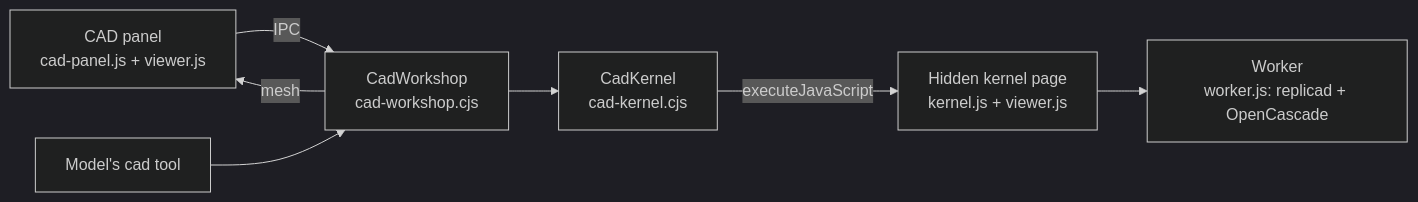
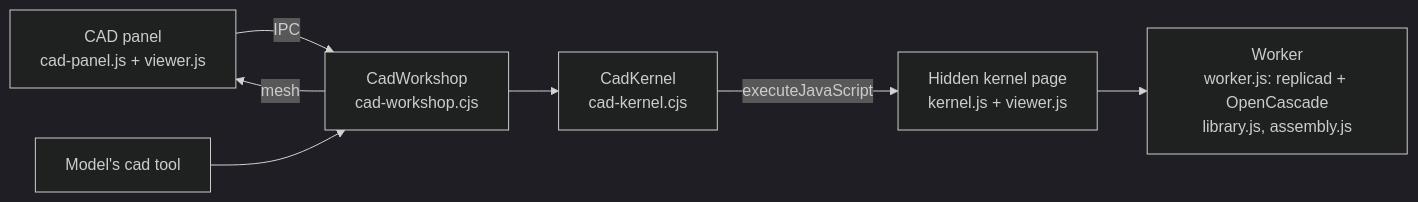
Before and after one commit to b7216309-jpg/little-bot: the diagram in docs/system-guide/20-cad.md, drawn with Mermaid (dark theme). The commit also changed other lines of this file and 20 other files, not shown here.

````diff
--- a/docs/system-guide/20-cad.md
+++ b/docs/system-guide/20-cad.md
@@ -7,9 +7,9 @@
 ```mermaid
 flowchart LR
   Panel[CAD panel<br>cad-panel.js + viewer.js] -- IPC --> Workshop[CadWorkshop<br>cad-workshop.cjs]
   Model[Model's cad tool] --> Workshop
   Workshop --> Kernel[CadKernel<br>cad-kernel.cjs]
   Kernel -- executeJavaScript --> Page[Hidden kernel page<br>kernel.js + viewer.js]
-  Page --> Worker[Worker<br>worker.js: replicad + OpenCascade]
+  Page --> Worker[Worker<br>worker.js: replicad + OpenCascade<br>library.js, assembly.js]
   Workshop -- mesh --> Panel
 ```
````
